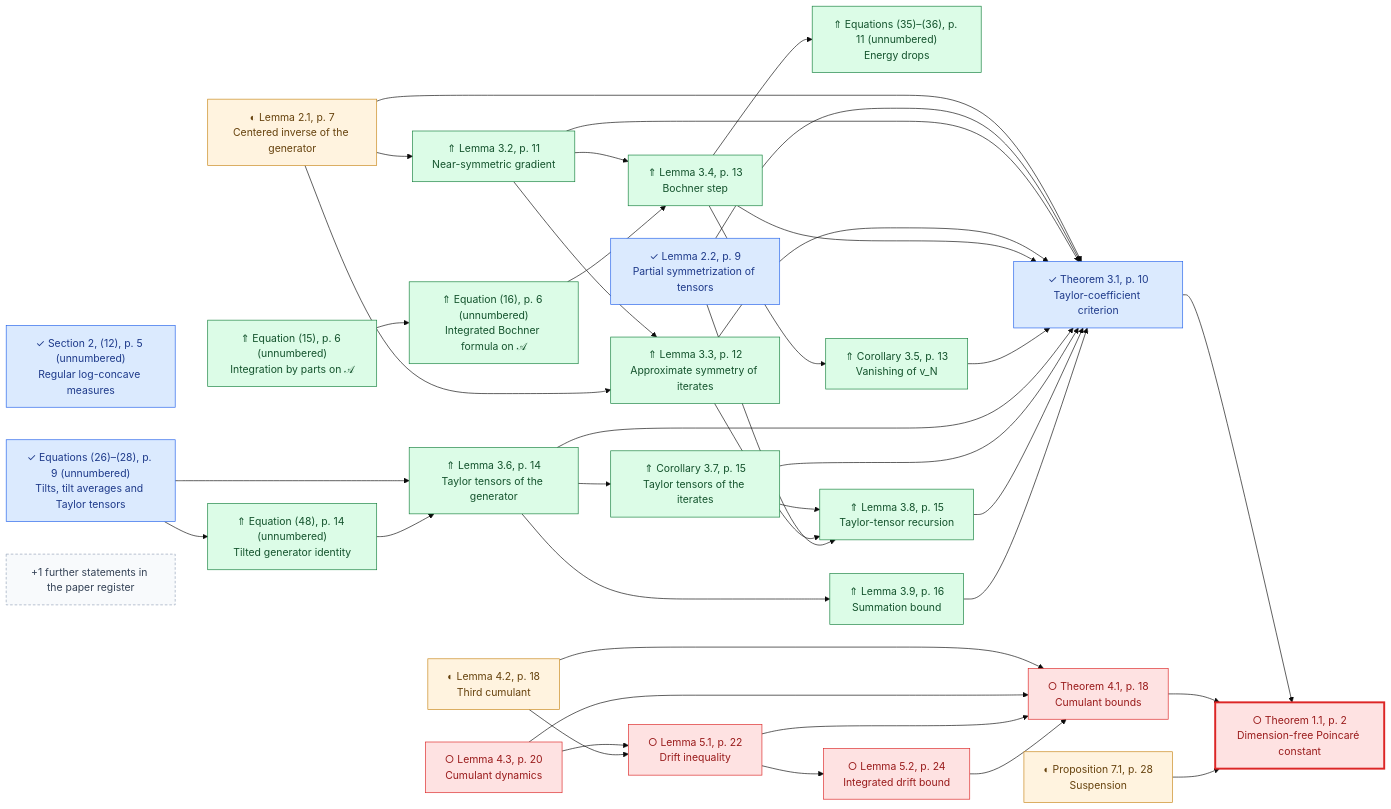
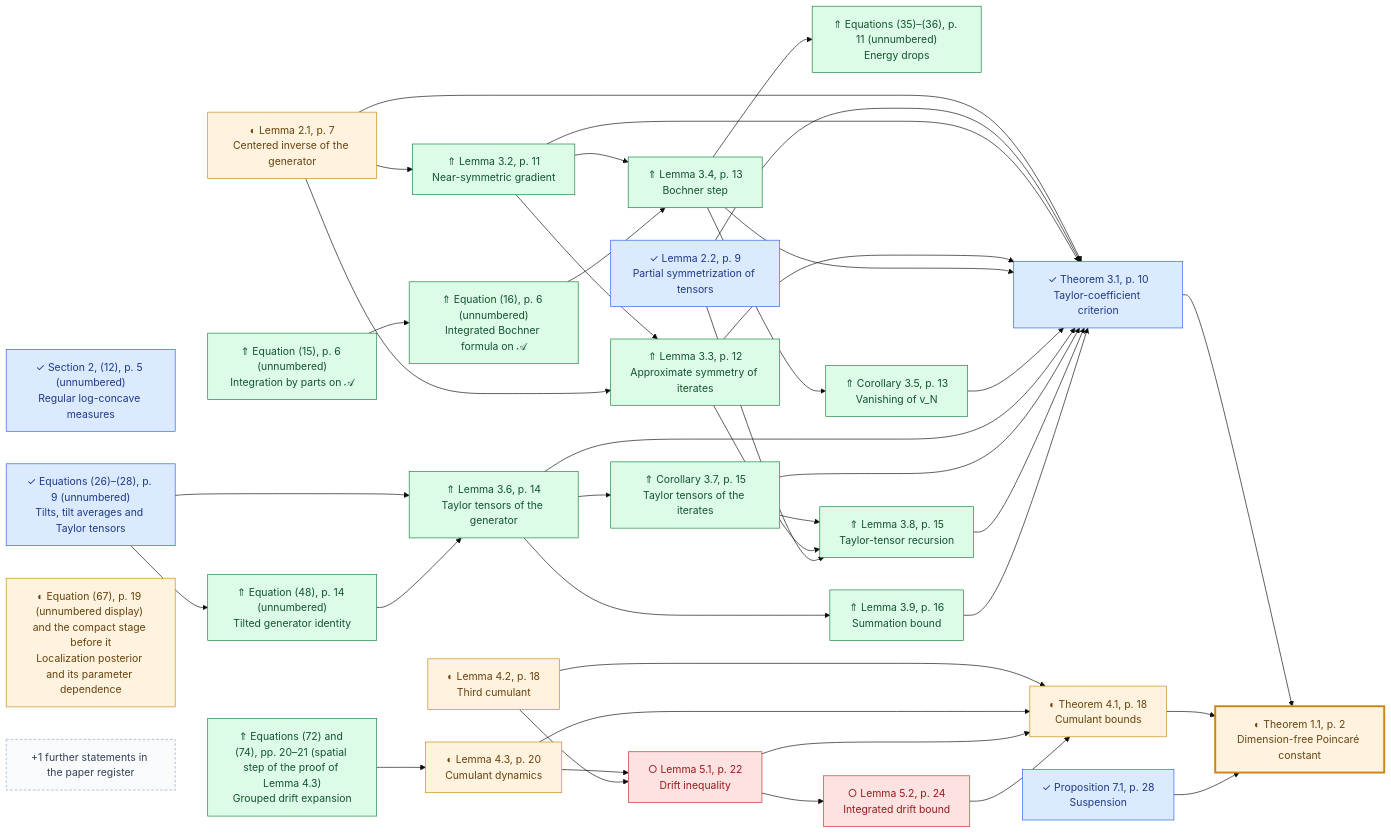
Before and after one commit to human-ai-mathematics/kls-lean: diagram 24 of 26 in research/progress/README.md, drawn with Mermaid (base theme). The commit also changed other lines of this file and 283 other files, not shown here.

First line of the commit message:
Integrate BKL Stage 1, CEK Proposition 12 and Letwin Lemmas A.4/A.5

````diff
--- a/research/progress/README.md
+++ b/research/progress/README.md
@@ -1196,75 +1205,78 @@
 ```mermaid
 flowchart LR
-    BKL2026_T11["○ Theorem 1.1, p. 2<br/>Dimension-free Poincaré constant"]
+    BKL2026_T11["◐ Theorem 1.1, p. 2<br/>Dimension-free Poincaré constant"]
     BKL2026_L21["◐ Lemma 2.1, p. 7<br/>Centered inverse of the generator"]
     BKL2026_L22["✓ Lemma 2.2, p. 9<br/>Partial symmetrization of tensors"]
     BKL2026_T31["✓ Theorem 3.1, p. 10<br/>Taylor-coefficient criterion"]
     BKL2026_L32["⇑ Lemma 3.2, p. 11<br/>Near-symmetric gradient"]
     BKL2026_EQ3536["⇑ Equations (35)–(36), p. 11 (unnumbered)<br/>Energy drops"]
     BKL2026_L33["⇑ Lemma 3.3, p. 12<br/>Approximate symmetry of iterates"]
     BKL2026_L34["⇑ Lemma 3.4, p. 13<br/>Bochner step"]
     BKL2026_C35["⇑ Corollary 3.5, p. 13<br/>Vanishing of v_N"]
     BKL2026_L36["⇑ Lemma 3.6, p. 14<br/>Taylor tensors of the generator"]
     BKL2026_C37["⇑ Corollary 3.7, p. 15<br/>Taylor tensors of the iterates"]
     BKL2026_L38["⇑ Lemma 3.8, p. 15<br/>Taylor-tensor recursion"]
     BKL2026_L39["⇑ Lemma 3.9, p. 16<br/>Summation bound"]
-    BKL2026_T41["○ Theorem 4.1, p. 18<br/>Cumulant bounds"]
+    BKL2026_T41["◐ Theorem 4.1, p. 18<br/>Cumulant bounds"]
     BKL2026_L42["◐ Lemma 4.2, p. 18<br/>Third cumulant"]
-    BKL2026_L43["○ Lemma 4.3, p. 20<br/>Cumulant dynamics"]
+    BKL2026_L43["◐ Lemma 4.3, p. 20<br/>Cumulant dynamics"]
+    BKL2026_E7274["⇑ Equations (72) and (74), pp. 20–21 (spatial step of the proof of Lemma 4.3)<br/>Grouped drift expansion"]
     BKL2026_L51["○ Lemma 5.1, p. 22<br/>Drift inequality"]
     BKL2026_L52["○ Lemma 5.2, p. 24<br/>Integrated drift bound"]
-    BKL2026_P71["◐ Proposition 7.1, p. 28<br/>Suspension"]
+    BKL2026_P71["✓ Proposition 7.1, p. 28<br/>Suspension"]
     BKL2026_E12["✓ Section 2, (12), p. 5 (unnumbered)<br/>Regular log-concave measures"]
     BKL2026_E2628["✓ Equations (26)–(28), p. 9 (unnumbered)<br/>Tilts, tilt averages and Taylor tensors"]
     BKL2026_EQ15["⇑ Equation (15), p. 6 (unnumbered)<br/>Integration by parts on 𝒜"]
     BKL2026_EQ16["⇑ Equation (16), p. 6 (unnumbered)<br/>Integrated Bochner formula on 𝒜"]
     BKL2026_E48["⇑ Equation (48), p. 14 (unnumbered)<br/>Tilted generator identity"]
+    BKL2026_E67["◐ Equation (67), p. 19 (unnumbered display) and the compact stage before it<br/>Localization posterior and its parameter dependence"]
     BKL2026_T31 --> BKL2026_T11
     BKL2026_T41 --> BKL2026_T11
     BKL2026_P71 --> BKL2026_T11
     BKL2026_L21 --> BKL2026_T31
     BKL2026_L22 --> BKL2026_T31
     BKL2026_L32 --> BKL2026_T31
     BKL2026_L33 --> BKL2026_T31
     BKL2026_L34 --> BKL2026_T31
     BKL2026_C35 --> BKL2026_T31
     BKL2026_L36 --> BKL2026_T31
     BKL2026_C37 --> BKL2026_T31
     BKL2026_L38 --> BKL2026_T31
     BKL2026_L39 --> BKL2026_T31
     BKL2026_L21 --> BKL2026_L32
     BKL2026_L34 --> BKL2026_EQ3536
     BKL2026_L32 --> BKL2026_L33
     BKL2026_L21 --> BKL2026_L33
     BKL2026_L32 --> BKL2026_L34
     BKL2026_EQ16 --> BKL2026_L34
     BKL2026_L34 --> BKL2026_C35
     BKL2026_E2628 --> BKL2026_L36
     BKL2026_E48 --> BKL2026_L36
     BKL2026_L36 --> BKL2026_C37
     BKL2026_C37 --> BKL2026_L38
     BKL2026_L33 --> BKL2026_L38
     BKL2026_L22 --> BKL2026_L38
     BKL2026_L36 --> BKL2026_L39
     BKL2026_L42 --> BKL2026_T41
     BKL2026_L43 --> BKL2026_T41
     BKL2026_L51 --> BKL2026_T41
     BKL2026_L52 --> BKL2026_T41
+    BKL2026_E7274 --> BKL2026_L43
     BKL2026_L43 --> BKL2026_L51
     BKL2026_L42 --> BKL2026_L51
     BKL2026_L51 --> BKL2026_L52
     BKL2026_EQ15 --> BKL2026_EQ16
     BKL2026_E2628 --> BKL2026_E48
     BKL2026_more["+1 further statements in the paper register"]
     classDef lemma_formalized fill:#dbeafe,stroke:#2563eb,color:#1e3a8a;
-    class BKL2026_L22,BKL2026_T31,BKL2026_E12,BKL2026_E2628 lemma_formalized;
+    class BKL2026_L22,BKL2026_T31,BKL2026_P71,BKL2026_E12,BKL2026_E2628 lemma_formalized;
     classDef lemma_partial fill:#fff3df,stroke:#c88719,color:#66420d;
-    class BKL2026_L21,BKL2026_L42,BKL2026_P71 lemma_partial;
+    class BKL2026_T11,BKL2026_L21,BKL2026_T41,BKL2026_L42,BKL2026_L43,BKL2026_E67 lemma_partial;
     classDef lemma_pending fill:#fee2e2,stroke:#dc2626,color:#991b1b;
-    class BKL2026_T11,BKL2026_T41,BKL2026_L43,BKL2026_L51,BKL2026_L52 lemma_pending;
+    class BKL2026_L51,BKL2026_L52 lemma_pending;
     classDef lemma_improved fill:#dcfce7,stroke:#15803d,color:#14532d;
-    class BKL2026_L32,BKL2026_EQ3536,BKL2026_L33,BKL2026_L34,BKL2026_C35,BKL2026_L36,BKL2026_C37,BKL2026_L38,BKL2026_L39,BKL2026_EQ15,BKL2026_EQ16,BKL2026_E48 lemma_improved;
+    class BKL2026_L32,BKL2026_EQ3536,BKL2026_L33,BKL2026_L34,BKL2026_C35,BKL2026_L36,BKL2026_C37,BKL2026_L38,BKL2026_L39,BKL2026_E7274,BKL2026_EQ15,BKL2026_EQ16,BKL2026_E48 lemma_improved;
     style BKL2026_T11 stroke-width:3px
     classDef lemma_more fill:#f8fafc,stroke:#94a3b8,color:#334155,stroke-dasharray:4 3;
     class BKL2026_more lemma_more;
 ```
````
